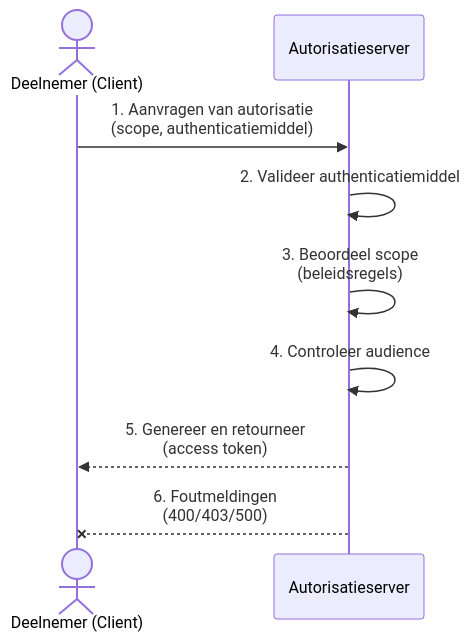
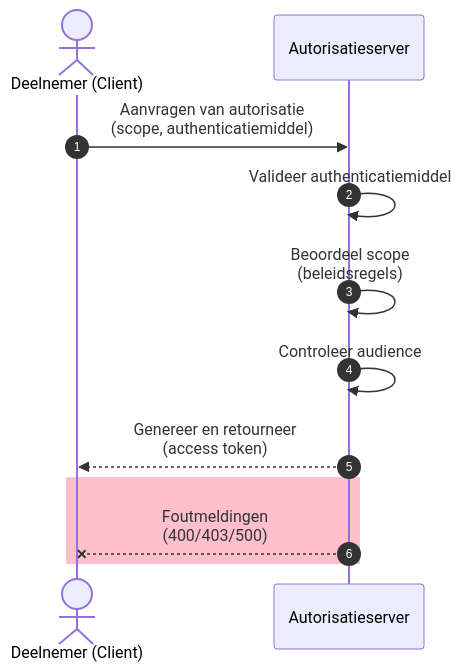
The second of 11 diagrams in docs/applicatie/nid_netwerkstelsel.md (iStandaarden/Afsprakenstelsel-iWlz), drawn with Mermaid before and after one commit. The commit also changed other lines of this file, not shown here.

````diff
--- a/docs/applicatie/nid_netwerkstelsel.md
+++ b/docs/applicatie/nid_netwerkstelsel.md
@@ -96,12 +95,16 @@
 ```mermaid
 sequenceDiagram
+    autonumber
     actor Client as Deelnemer (Client)
     participant AuthzServer as Autorisatieserver
 
-    Client->>AuthzServer: 1. Aanvragen van autorisatie<br/>(scope, authenticatiemiddel)
-    AuthzServer->>AuthzServer: 2. Valideer authenticatiemiddel
-    AuthzServer->>AuthzServer: 3. Beoordeel scope<br/>(beleidsregels)
-    AuthzServer->>AuthzServer: 4. Controleer audience
-    AuthzServer-->>Client: 5. Genereer en retourneer<br/>(access token)
-    AuthzServer--xClient: 6. Foutmeldingen<br/>(400/403/500)
+    Client->>AuthzServer: Aanvragen van autorisatie<br/>(scope, authenticatiemiddel)
+    AuthzServer->>AuthzServer: Valideer authenticatiemiddel
+    AuthzServer->>AuthzServer: Beoordeel scope<br/>(beleidsregels)
+    AuthzServer->>AuthzServer: Controleer audience
+    AuthzServer-->>Client: Genereer en retourneer<br/>(access token)
+
+    rect pink
+    AuthzServer--xClient: Foutmeldingen<br/>(400/403/500)
+    end
 ```
````
